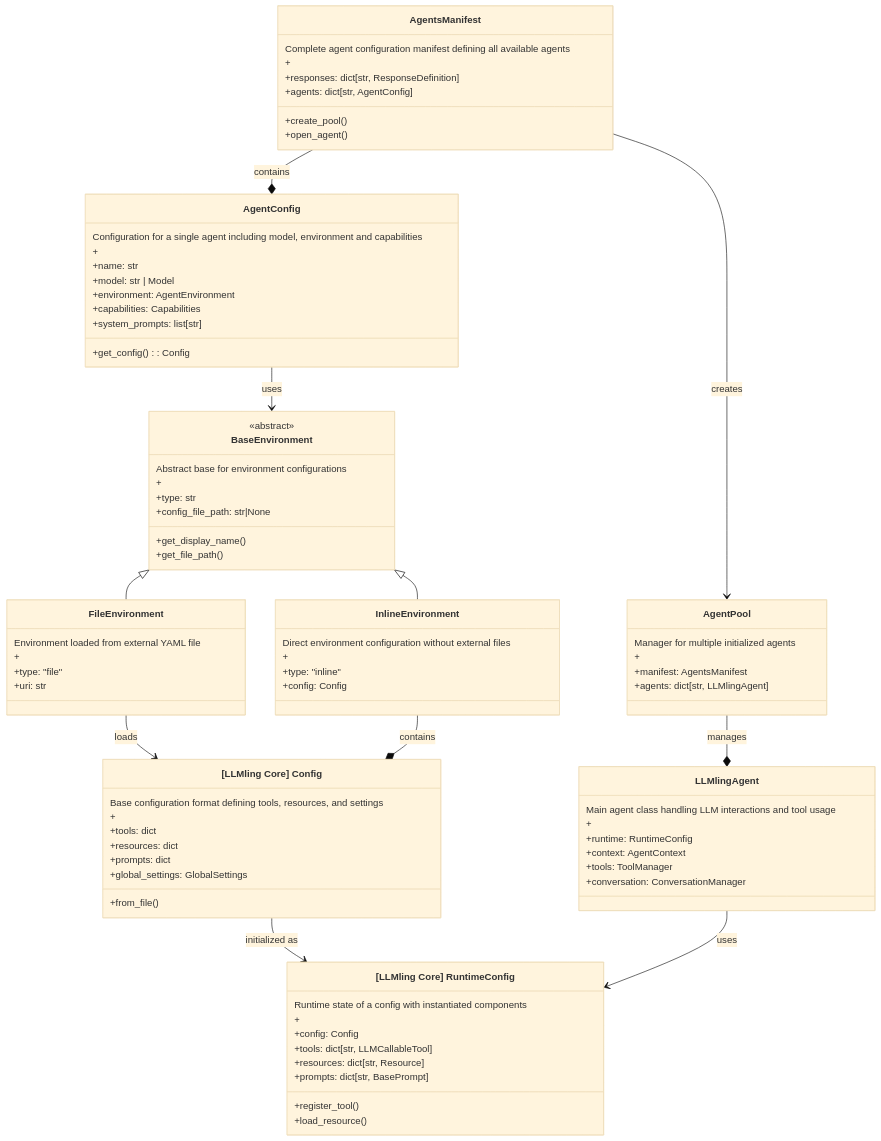
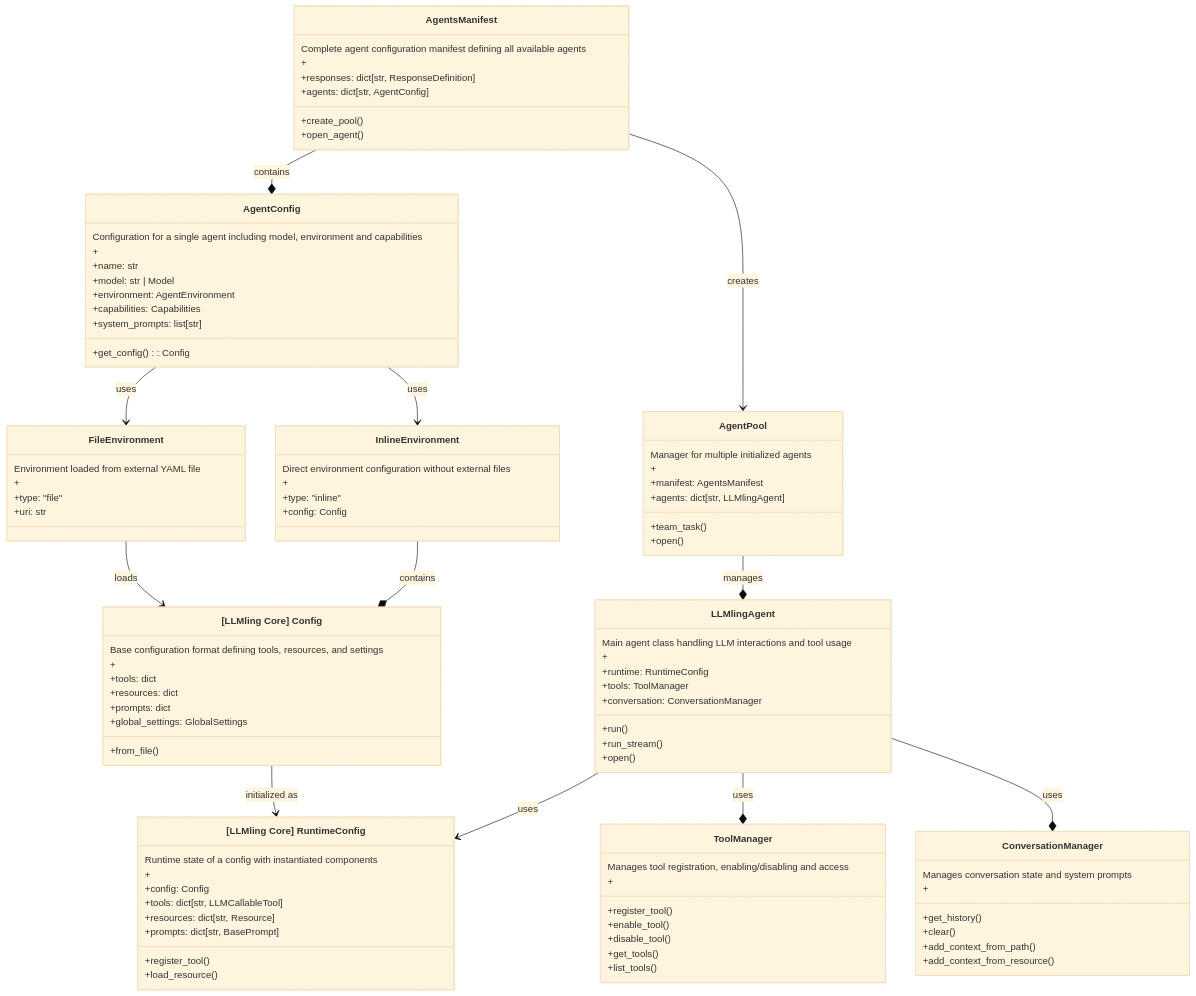
The diagram in README.md (uk0/llmling-agent), drawn with Mermaid (base theme) before and after one commit.

````diff
--- a/README.md
+++ b/README.md
@@ -321,16 +321,17 @@
 ```mermaid
 classDiagram
     %% Core relationships
-    BaseEnvironment <|-- FileEnvironment
-    BaseEnvironment <|-- InlineEnvironment
     AgentsManifest --* AgentConfig : contains
     AgentsManifest --> AgentPool : creates
-    AgentConfig --> BaseEnvironment : uses
     AgentPool --* LLMlingAgent : manages
     FileEnvironment --> Config : loads
     InlineEnvironment --* Config : contains
     Config --> RuntimeConfig : initialized as
     LLMlingAgent --> RuntimeConfig : uses
+    AgentConfig --> FileEnvironment : uses
+    AgentConfig --> InlineEnvironment : uses
+    LLMlingAgent --* ToolManager : uses
+    LLMlingAgent --* ConversationManager : uses
 
     class Config ["[LLMling Core] Config"] {
         Base configuration format defining tools, resources, and settings
@@ -373,16 +374,6 @@
         +get_config(): Config
     }
 
-    class BaseEnvironment {
-        Abstract base for environment configurations
-        <<abstract>>
-        +
-        +type: str
-        +config_file_path: str|None
-        +get_display_name()
-        +get_file_path()
-    }
-
     class FileEnvironment {
         Environment loaded from external YAML file
         +
@@ -402,14 +393,37 @@
         +
         +manifest: AgentsManifest
         +agents: dict[str, LLMlingAgent]
+        +team_task()
+        +open()
     }
 
     class LLMlingAgent {
         Main agent class handling LLM interactions and tool usage
         +
         +runtime: RuntimeConfig
-        +context: AgentContext
         +tools: ToolManager
         +conversation: ConversationManager
+        +run()
+        +run_stream()
+        +open()
+    }
+
+    class ToolManager {
+        Manages tool registration, enabling/disabling and access
+        +
+        +register_tool()
+        +enable_tool()
+        +disable_tool()
+        +get_tools()
+        +list_tools()
+    }
+
+    class ConversationManager {
+        Manages conversation state and system prompts
+        +
+        +get_history()
+        +clear()
+        +add_context_from_path()
+        +add_context_from_resource()
     }
 ```
````
